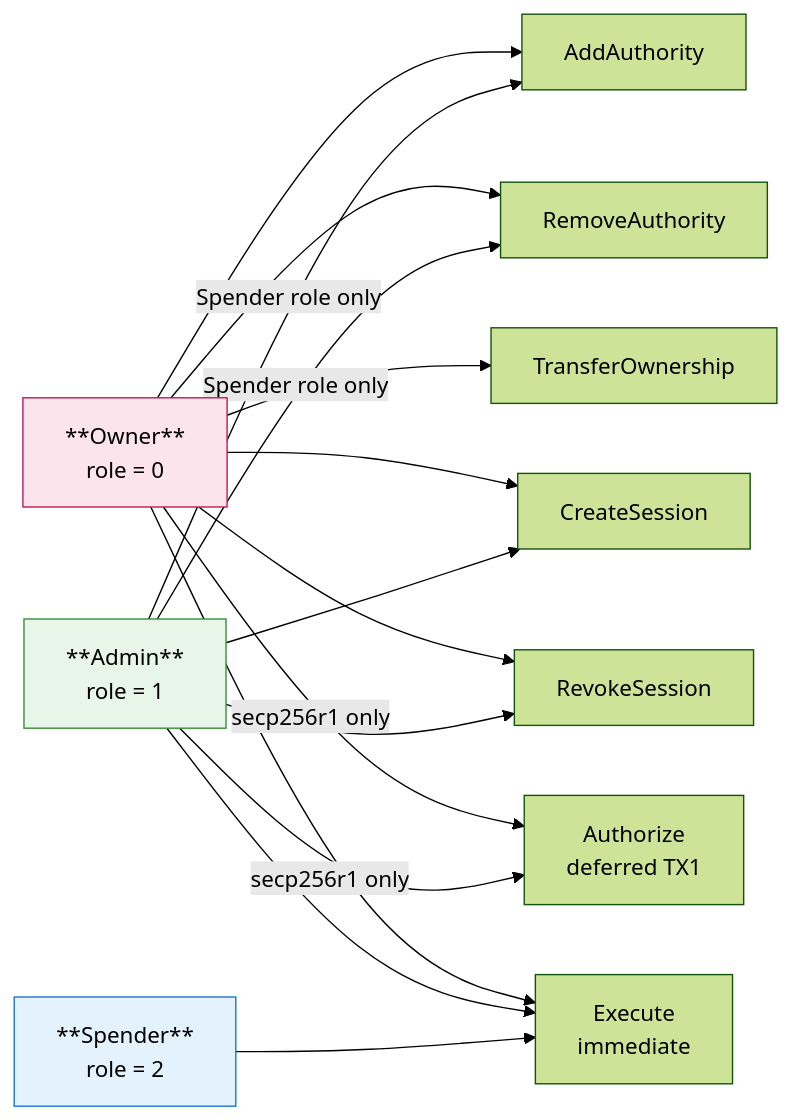
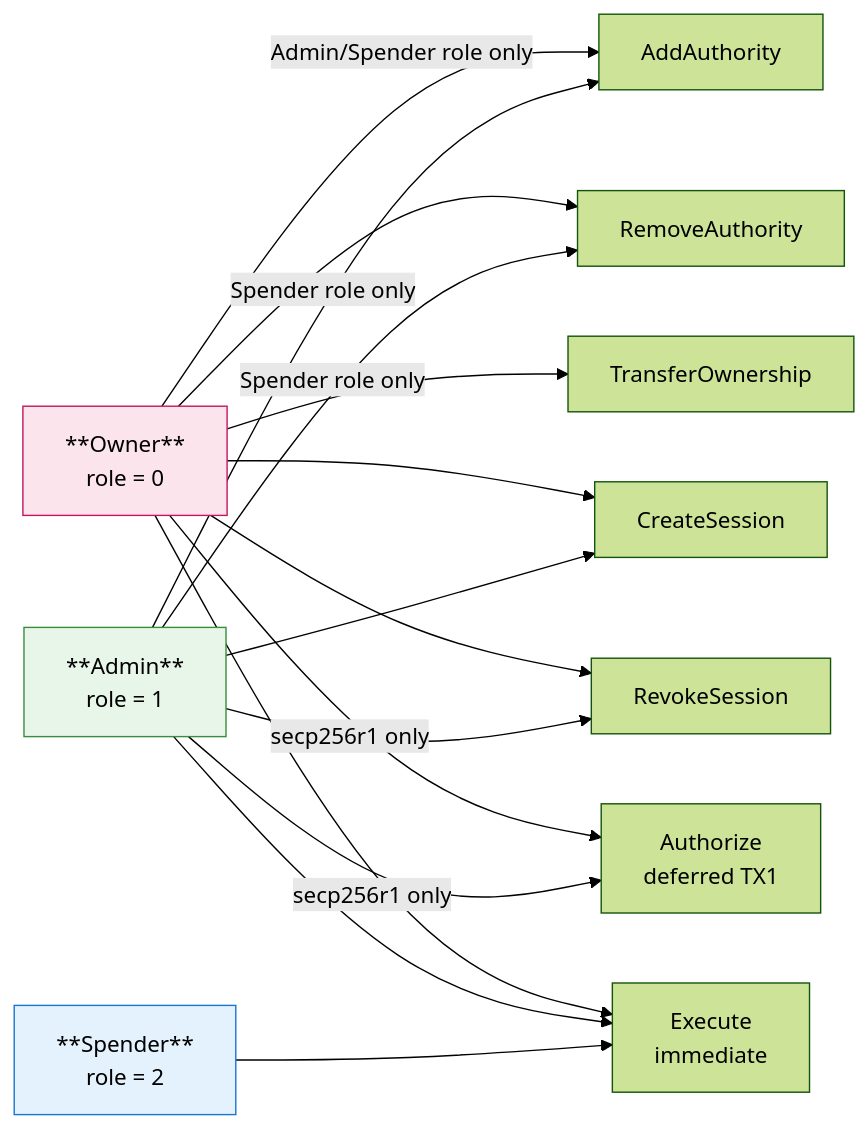
One commit to lazor-kit/lazorkit-protocol changed the fourth of 6 diagrams in docs/Architecture.md. Above: the diagram before and after it, drawn with Mermaid (forest theme). The commit also changed other lines of this file and 6 other files, not shown here.

Commit message:
fix owner authority role policy

````diff
--- a/docs/Architecture.md
+++ b/docs/Architecture.md
@@ -338,38 +338,38 @@
 ```mermaid
 flowchart LR
     Owner["**Owner**<br/>role = 0"]
     Admin["**Admin**<br/>role = 1"]
     Spender["**Spender**<br/>role = 2"]
 
     Add[AddAuthority]
     Remove[RemoveAuthority]
     Transfer[TransferOwnership]
     CreateS[CreateSession]
     RevokeS[RevokeSession]
     Authorize[Authorize<br/>deferred TX1]
     Exec[Execute<br/>immediate]
 
-    Owner --> Add
+    Owner -->|Admin/Spender role only| Add
     Owner --> Remove
     Owner --> Transfer
     Owner --> CreateS
     Owner --> RevokeS
     Owner -->|secp256r1 only| Authorize
     Owner --> Exec
 
     Admin -->|Spender role only| Add
     Admin -->|Spender role only| Remove
     Admin --> CreateS
     Admin --> RevokeS
     Admin -->|secp256r1 only| Authorize
     Admin --> Exec
 
     Spender --> Exec
 
     classDef owner fill:#fce4ec,stroke:#c2185b,color:#000
     classDef admin fill:#e8f5e9,stroke:#388e3c,color:#000
     classDef spender fill:#e3f2fd,stroke:#1976d2,color:#000
     class Owner owner
     class Admin admin
     class Spender spender
 ```
````
